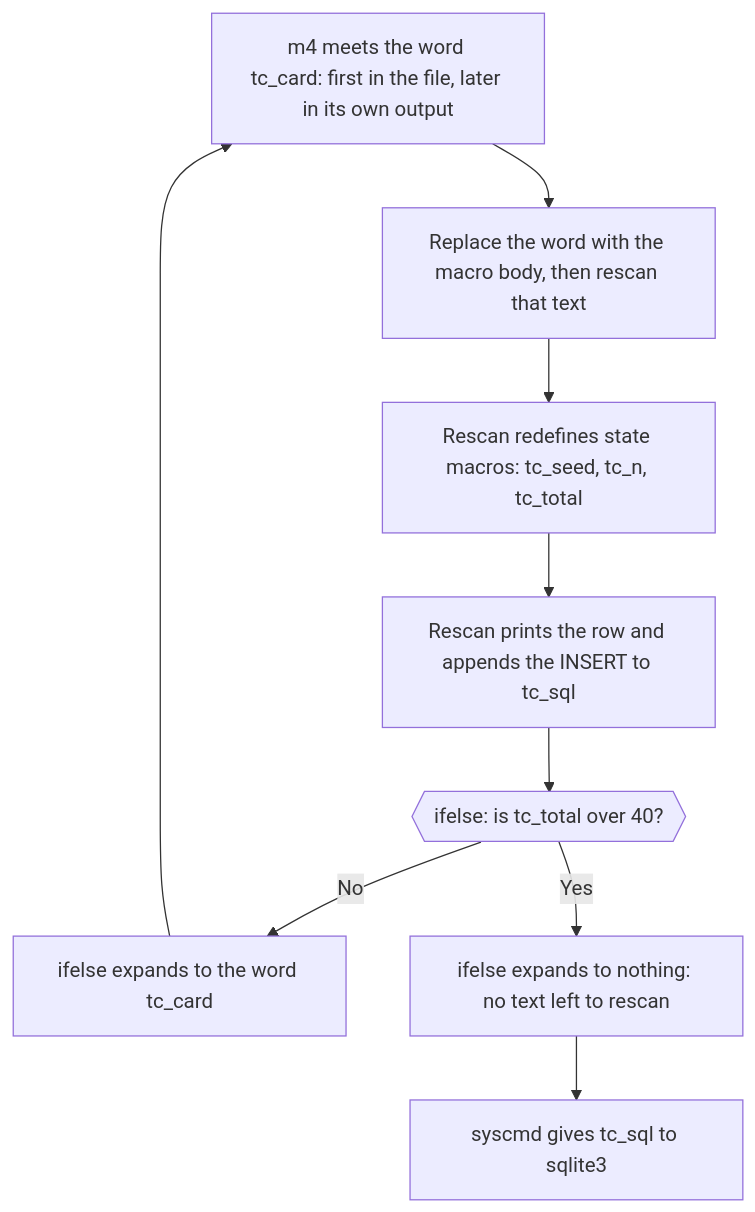
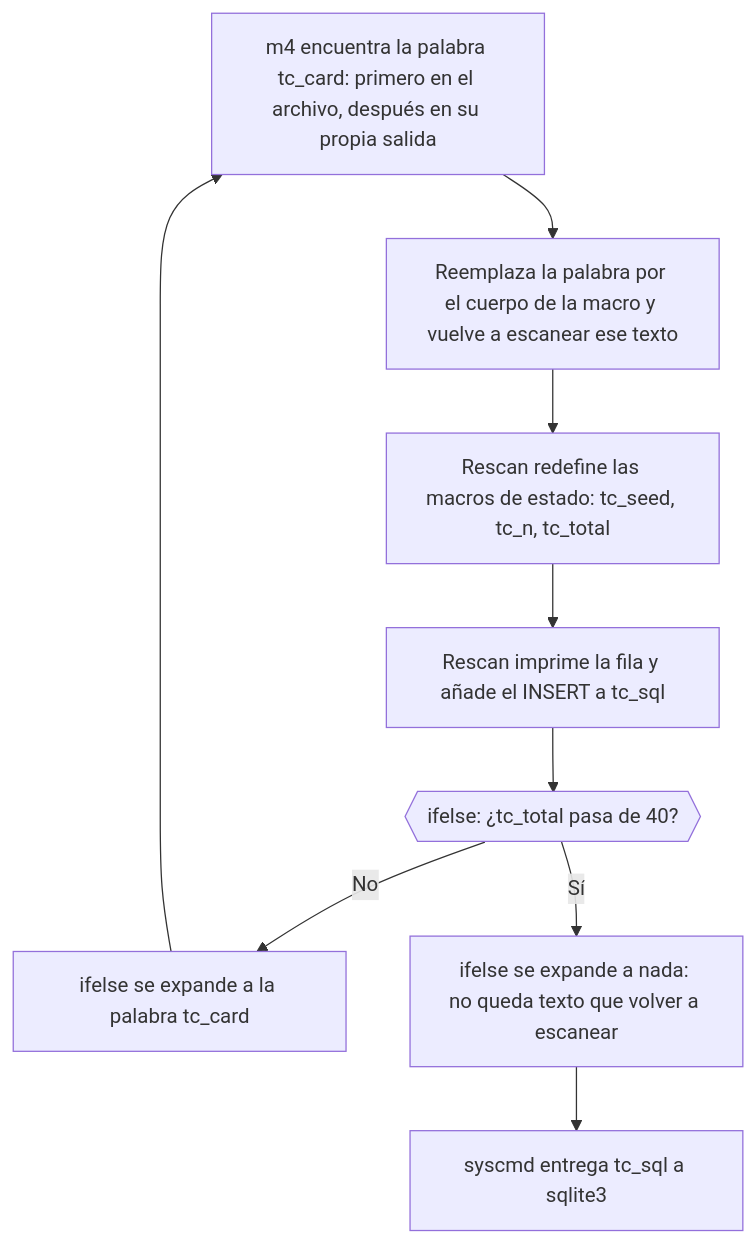
The diagram in src/m4/README.md (dullroar/aprende-a-programar-como-un-bicho-raro), drawn with Mermaid before and after one commit. The commit also changed other lines of this file and 15 other files, not shown here.

````diff
--- a/src/m4/README.md
+++ b/src/m4/README.md
@@ -51,13 +51,13 @@
 ```mermaid
 flowchart TD
-    accTitle: m4: a macro whose expansion contains itself
-    accDescr: A flowchart of m4 rescanning. m4 meets the word tc_card and replaces it with the macro body, then rescans that text. The rescan redefines the state macros, prints the row and appends the INSERT. The body ends in an ifelse. If the total is not over 40, the ifelse expands to the word tc_card, and the flow goes back to the start. If the total is over 40, the ifelse expands to nothing, no text is left to rescan, and syscmd hands the script to sqlite3.
-    A["m4 meets the word tc_card: first in the file, later in its own output"] --> B["Replace the word with the macro body, then rescan that text"]
-    B --> C["Rescan redefines state macros: tc_seed, tc_n, tc_total"]
-    C --> D["Rescan prints the row and appends the INSERT to tc_sql"]
-    D --> E{{"ifelse: is tc_total over 40?"}}
-    E -->|No| F["ifelse expands to the word tc_card"]
+    accTitle: m4: una macro cuya expansión se contiene a sí misma
+    accDescr: Un diagrama de flujo del reescaneo de m4. m4 encuentra la palabra tc_card y la reemplaza por el cuerpo de la macro. Luego reescanea ese texto. El reescaneo redefine las macros de estado, imprime la fila y añade el INSERT. El cuerpo termina en un ifelse. Si el total no pasa de 40, el ifelse se expande a la palabra tc_card y el flujo vuelve al inicio. Si el total pasa de 40, el ifelse se expande a nada, no queda texto para reescanear y syscmd entrega el script a sqlite3.
+    A["m4 encuentra la palabra tc_card: primero en el archivo, después en su propia salida"] --> B["Reemplaza la palabra por el cuerpo de la macro y vuelve a escanear ese texto"]
+    B --> C["Rescan redefine las macros de estado: tc_seed, tc_n, tc_total"]
+    C --> D["Rescan imprime la fila y añade el INSERT a tc_sql"]
+    D --> E{{"ifelse: ¿tc_total pasa de 40?"}}
+    E -->|No| F["ifelse se expande a la palabra tc_card"]
     F --> A
-    E -->|Yes| G["ifelse expands to nothing: no text left to rescan"]
-    G --> H["syscmd gives tc_sql to sqlite3"]
+    E -->|Sí| G["ifelse se expande a nada: no queda texto que volver a escanear"]
+    G --> H["syscmd entrega tc_sql a sqlite3"]
 ```
````
